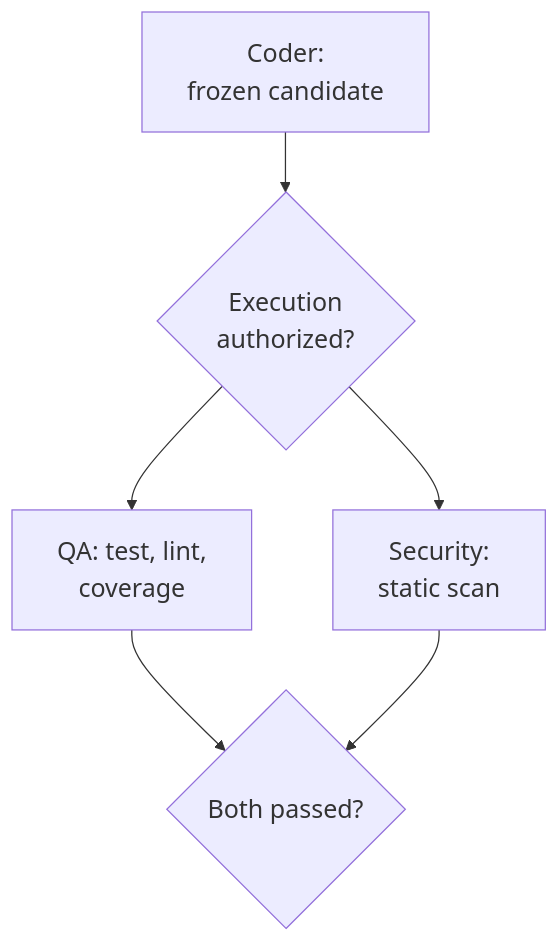
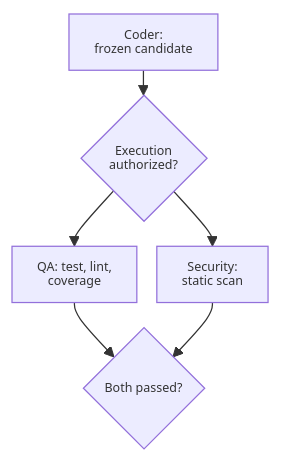
One commit to kcskribbl/canopy-agentic-sdlc changed the second of 4 diagrams in README.md. Above: the diagram before and after it, drawn with Mermaid. The commit also changed other lines of this file, not shown here.

First line of the commit message:
Use compact SVG labels in README diagrams

````diff
--- a/README.md
+++ b/README.md
@@ -138,18 +138,18 @@
 ```mermaid
-%%{init: {"themeVariables":{"fontSize":"20px"},"flowchart":{"nodeSpacing":65,"rankSpacing":48,"padding":18}}}%%
+%%{init: {"themeVariables":{"fontSize":"10px"},"htmlLabels":false,"flowchart":{"nodeSpacing":16,"rankSpacing":20,"padding":10}}}%%
 flowchart TD
     A["Coder:<br/>frozen candidate"]
 
     B{"Execution<br/>authorized?"}
 
     Q["QA: test, lint,<br/>coverage"]
     S["Security:<br/>static scan"]
 
     J{"Both passed?"}
 
     A --> B
     B --> Q
     B --> S
     Q --> J
     S --> J
 ```
````
